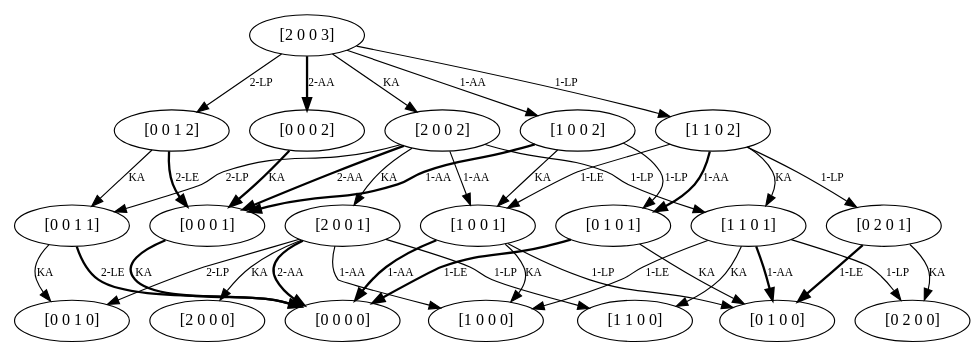
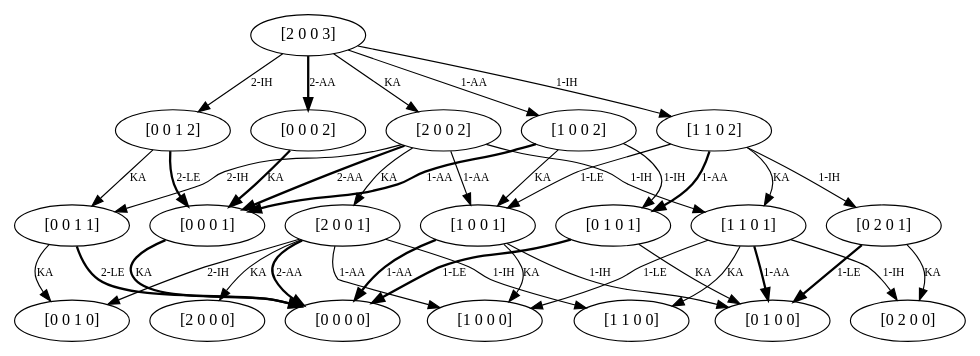
One commit to rb4k/MA-DP changed the diagram in Bilder/beispiel4.dot. Above: the diagram before and after it, drawn with Graphviz. The commit also changed 23 other files, not shown here.

```diff
--- a/Bilder/beispiel4.dot
+++ b/Bilder/beispiel4.dot
@@ -93,8 +93,8 @@
 value=0.0];
 37 -> 52 [key=1,
 goal="[0 2 0 0]",
-label="1-LP",
-modus=LP,
+label="1-IH",
+modus=IH,
 not_best_politic=True,
 revenue=0,
 time=1,
@@ -164,8 +164,8 @@
 value=50.0];
 38 -> 53 [key=1,
 goal="[0 2 0 1]",
-label="1-LP",
-modus=LP,
+label="1-IH",
+modus=IH,
 not_best_politic=True,
 revenue=0,
 time=2,
@@ -222,8 +222,8 @@
 weight_goal=0.0];
 45 -> 60 [key=1,
 goal="[0 1 0 0]",
-label="1-LP",
-modus=LP,
+label="1-IH",
+modus=IH,
 not_best_politic=True,
 revenue=0,
 time=1,
@@ -255,8 +255,8 @@
 weight_goal=0.0];
 46 -> 61 [key=1,
 goal="[0 1 0 1]",
-label="1-LP",
-modus=LP,
+label="1-IH",
+modus=IH,
 not_best_politic=True,
 revenue=0,
 time=2,
@@ -288,8 +288,8 @@
 value=138.0];
 22 -> 65 [key=2,
 goal="[0 0 1 1]",
-label="2-LP",
-modus=LP,
+label="2-IH",
+modus=IH,
 not_best_politic=True,
 revenue=0,
 time=2,
@@ -297,8 +297,8 @@
 weight_goal=20.0];
 22 -> 37 [key=1,
 goal="[1 1 0 1]",
-label="1-LP",
-modus=LP,
+label="1-IH",
+modus=IH,
 not_best_politic=True,
 revenue=0,
 time=2,
@@ -344,8 +344,8 @@
 value=168.703];
 23 -> 66 [key=2,
 goal="[0 0 1 2]",
-label="2-LP",
-modus=LP,
+label="2-IH",
+modus=IH,
 not_best_politic=True,
 revenue=0,
 time=3,
@@ -353,8 +353,8 @@
 weight_goal=38.0];
 23 -> 38 [key=1,
 goal="[1 1 0 2]",
-label="1-LP",
-modus=LP,
+label="1-IH",
+modus=IH,
 not_best_politic=True,
 revenue=0,
 time=3,
@@ -390,8 +390,8 @@
 weight_goal=138.0];
 21 -> 64 [key=2,
 goal="[0 0 1 0]",
-label="2-LP",
-modus=LP,
+label="2-IH",
+modus=IH,
 not_best_politic=True,
 revenue=0,
 time=1,
@@ -432,8 +432,8 @@
 weight_goal=0.0];
 21 -> 36 [key=1,
 goal="[1 1 0 0]",
-label="1-LP",
-modus=LP,
+label="1-IH",
+modus=IH,
 not_best_politic=True,
 revenue=0,
 time=1,
```
